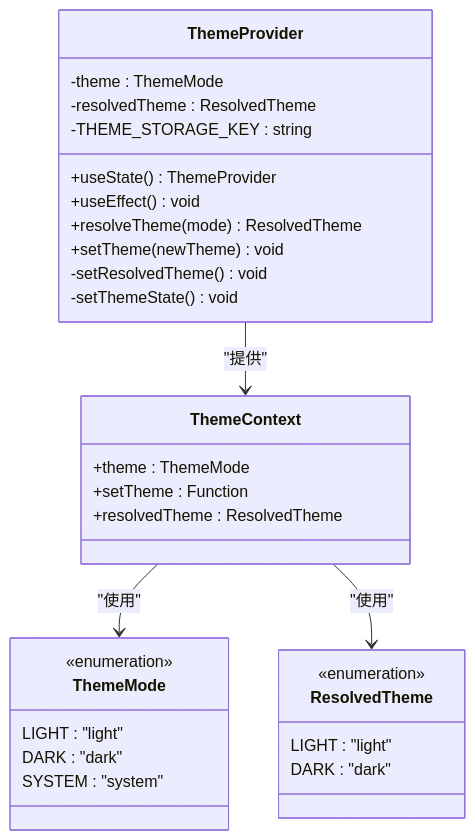
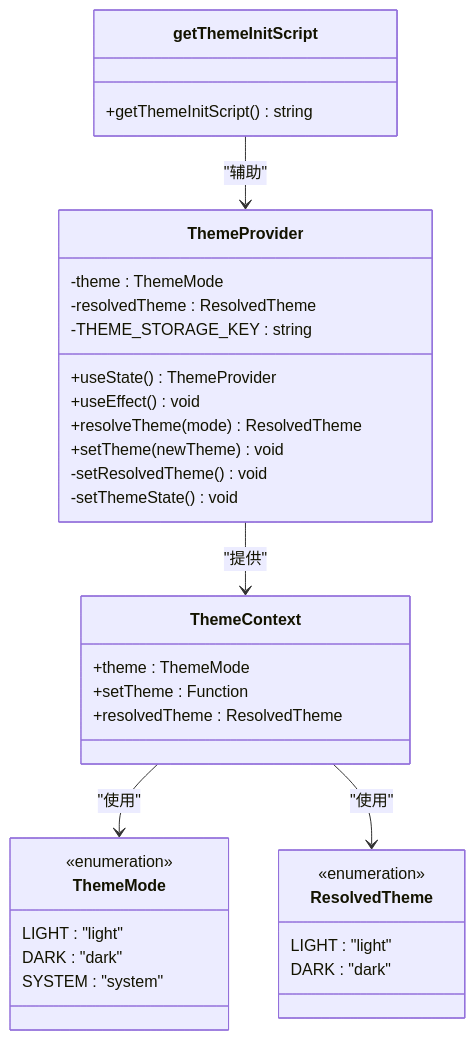
Before and after one commit to CryptoLinxu/Web3-AI-Agent: the third of 18 diagrams in .qoder/repowiki/zh/content/项目概述/整体架构概览/Web应用程序/主题系统实现.md, drawn with Mermaid. The commit also changed other lines of this file and 3 other files, not shown here.

````diff
--- a/.qoder/repowiki/zh/content/项目概述/整体架构概览/Web应用程序/主题系统实现.md
+++ b/.qoder/repowiki/zh/content/项目概述/整体架构概览/Web应用程序/主题系统实现.md
@@ -180,33 +209,37 @@
 ```mermaid
 classDiagram
 class ThemeProvider {
 -theme : ThemeMode
 -resolvedTheme : ResolvedTheme
 -THEME_STORAGE_KEY : string
 +useState() ThemeProvider
 +useEffect() void
 +resolveTheme(mode) ResolvedTheme
 +setTheme(newTheme) void
 -setResolvedTheme() void
 -setThemeState() void
 }
 class ThemeContext {
 +theme : ThemeMode
 +setTheme : Function
 +resolvedTheme : ResolvedTheme
 }
 class ThemeMode {
 <<enumeration>>
 LIGHT : "light"
 DARK : "dark"
 SYSTEM : "system"
 }
 class ResolvedTheme {
 <<enumeration>>
 LIGHT : "light"
 DARK : "dark"
 }
+class getThemeInitScript {
++getThemeInitScript() string
+}
 ThemeProvider --> ThemeContext : "提供"
 ThemeContext --> ThemeMode : "使用"
 ThemeContext --> ResolvedTheme : "使用"
+getThemeInitScript --> ThemeProvider : "辅助"
 ```
````
